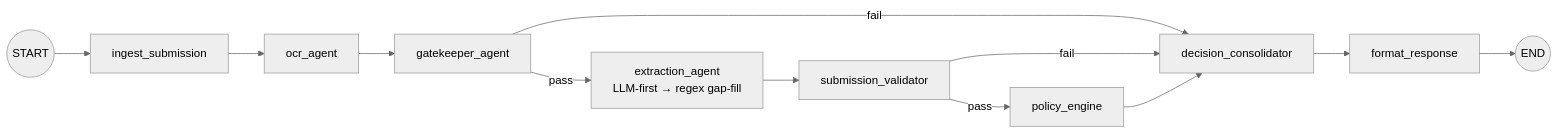
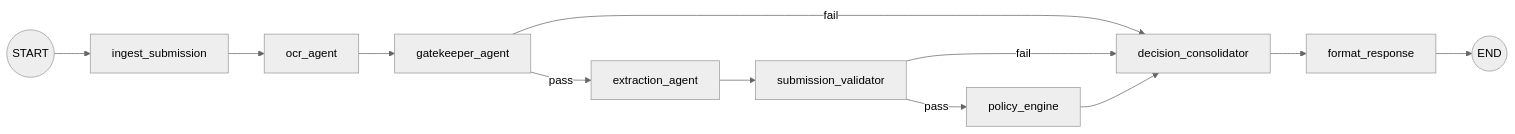
Before and after one commit to Nautyy/plum-ai-health-app: the third of 3 diagrams in README.md, drawn with Mermaid (neutral theme). The commit also changed other lines of this file, not shown here.

````diff
--- a/README.md
+++ b/README.md
@@ -123,14 +213,14 @@
 ```mermaid
 flowchart LR
     START((START)) --> INGEST[ingest_submission]
     INGEST --> OCR[ocr_agent]
     OCR --> GK[gatekeeper_agent]
     GK -->|fail| DEC[decision_consolidator]
-    GK -->|pass| EXT[extraction_agent<br/>LLM-first → regex gap-fill]
+    GK -->|pass| EXT[extraction_agent]
     EXT --> SV[submission_validator]
     SV -->|fail| DEC
     SV -->|pass| POL[policy_engine]
     POL --> DEC
     DEC --> FMT[format_response]
     FMT --> END((END))
 ```
````
